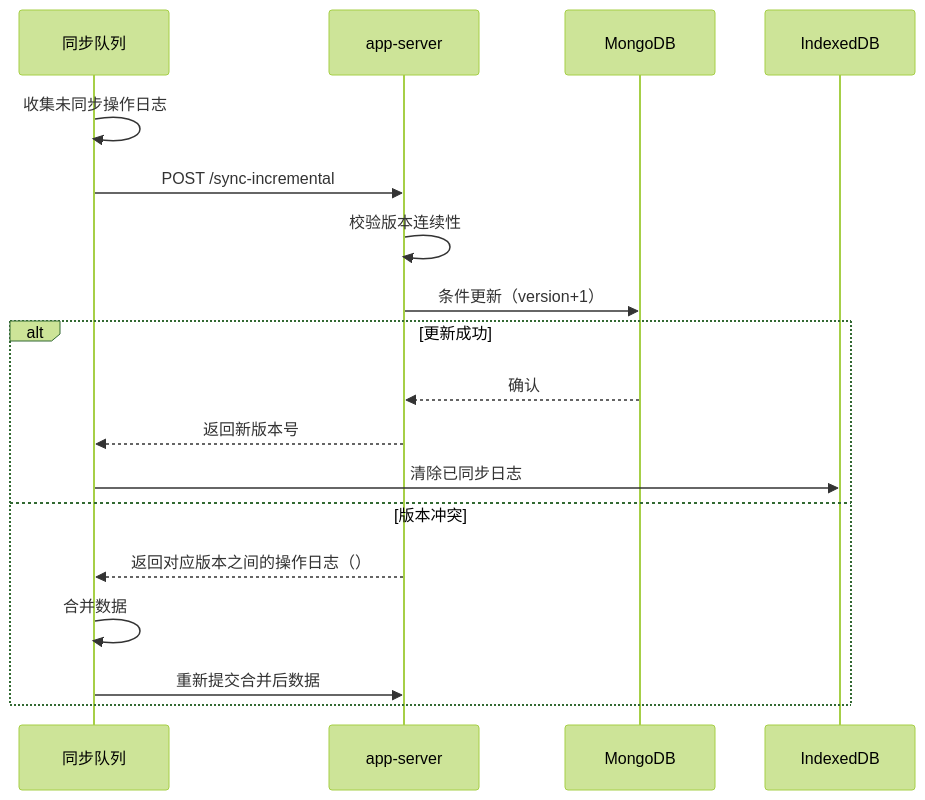
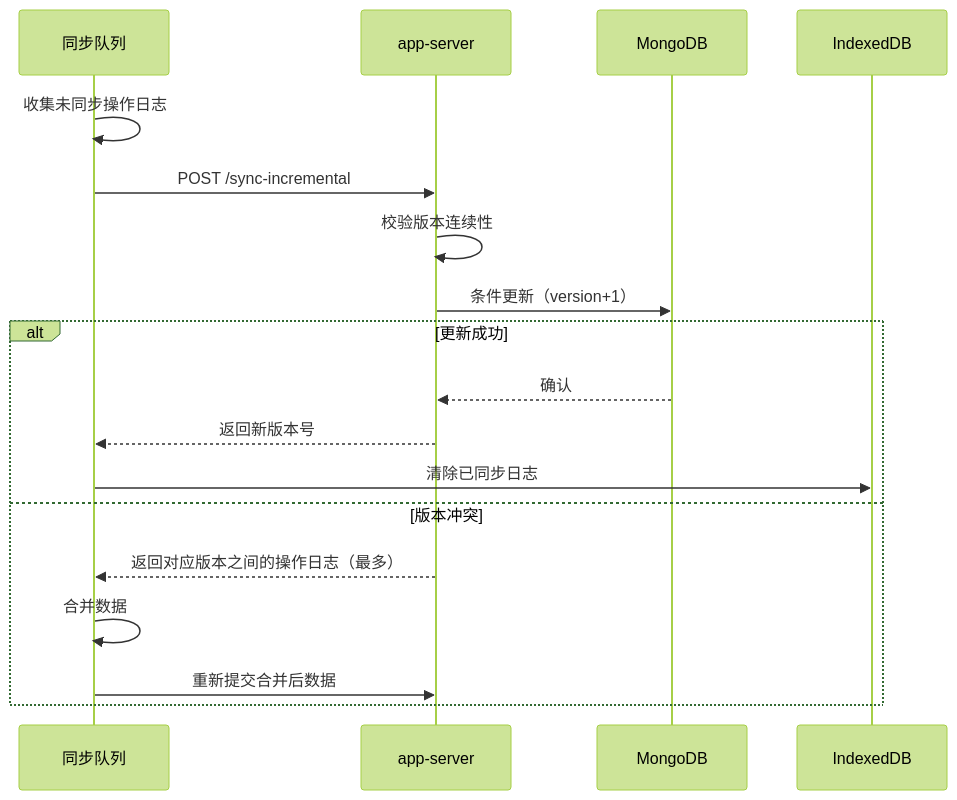
The diagram in all/未命名-24.md (yingjianzh/iodraw-files), drawn with Mermaid (forest theme) before and after one commit.

Commit message:
2025-02-24 10:50:25 update

````diff
--- a/all/未命名-24.md
+++ b/all/未命名-24.md
@@ -1,23 +1,23 @@
 ```mermaid
 
 sequenceDiagram
     participant 同步队列
     participant app-server
     participant MongoDB
 
 
     同步队列->>同步队列: 收集未同步操作日志
     同步队列->>app-server: POST /sync-incremental
     app-server->>app-server: 校验版本连续性
     app-server->>MongoDB: 条件更新（version+1）
     alt 更新成功
         MongoDB-->>app-server: 确认
         app-server-->>同步队列: 返回新版本号
         同步队列->>IndexedDB: 清除已同步日志
     else 版本冲突
-        app-server-->>同步队列: 返回对应版本之间的操作日志（）
+        app-server-->>同步队列: 返回对应版本之间的操作日志（最多）
         同步队列->>同步队列: 合并数据
         同步队列->>app-server: 重新提交合并后数据
     end
 
 ```
````
